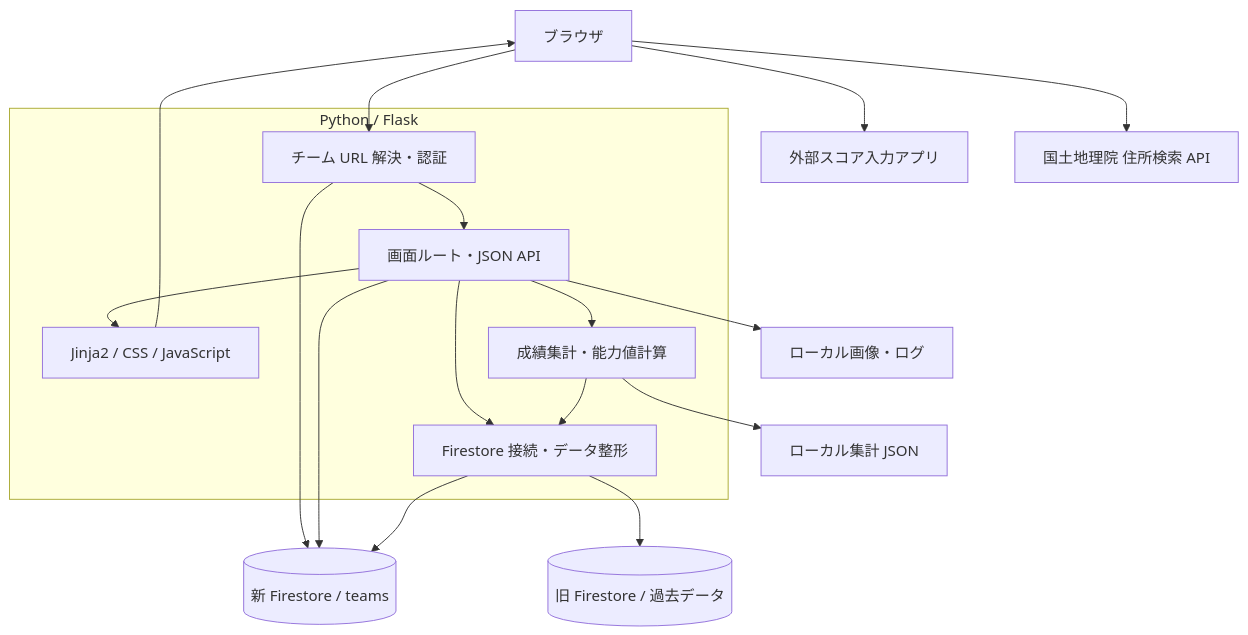
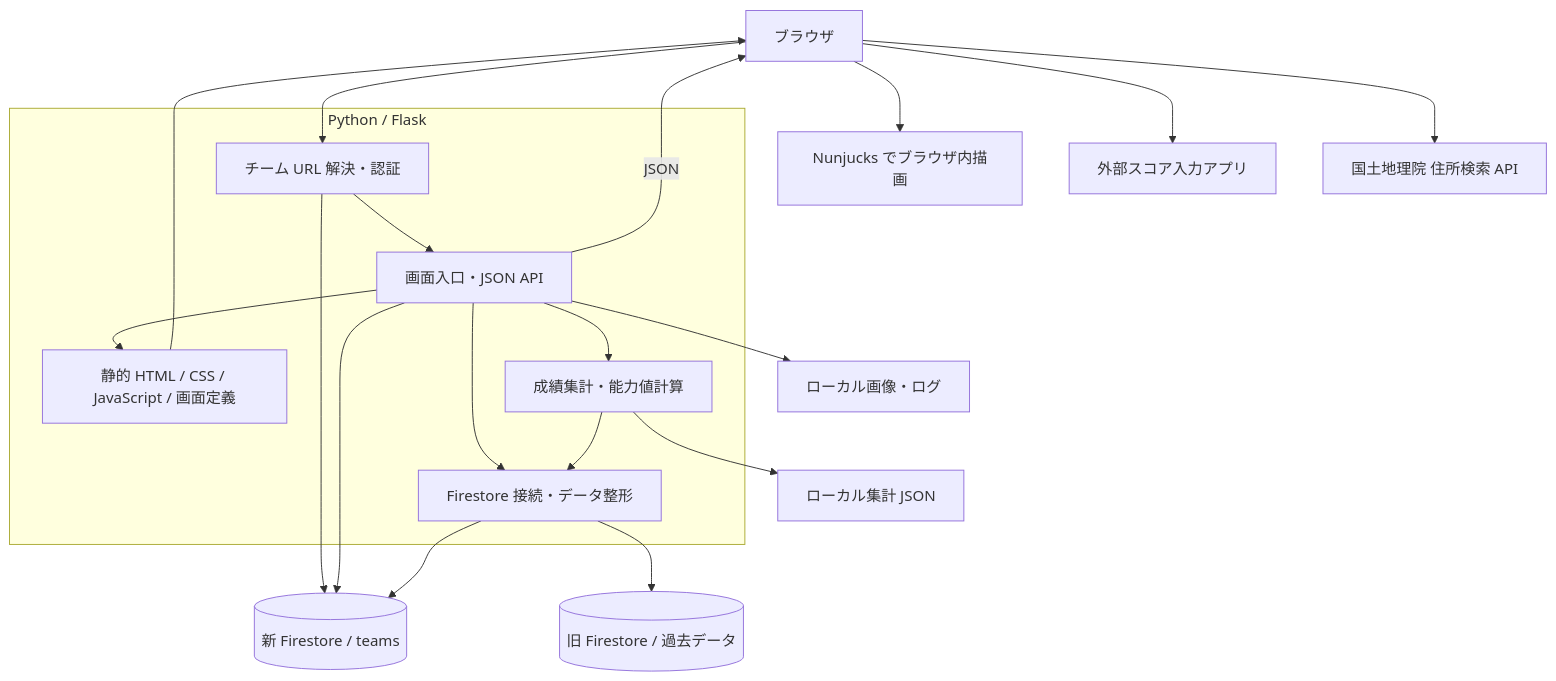
One commit to t-kik0313/basemob-web changed the first of 3 diagrams in 01.doc/design/README.md. Above: the diagram before and after it, drawn with Mermaid. The commit also changed other lines of this file and 130 other files, not shown here.

Commit message:
API＋JavaScript で描画する方式へ移行

````diff
--- a/01.doc/design/README.md
+++ b/01.doc/design/README.md
@@ -19,20 +20,22 @@
 ```mermaid
 flowchart TB
     B[ブラウザ] --> T[チーム URL 解決・認証]
     subgraph APP[Python / Flask]
-        T --> R[画面ルート・JSON API]
-        R --> V[Jinja2 / CSS / JavaScript]
+        T --> R[画面入口・JSON API]
+        R --> V[静的 HTML / CSS / JavaScript / 画面定義]
         R --> S[成績集計・能力値計算]
         R --> D[Firestore 接続・データ整形]
         S --> D
     end
     V --> B
+    R -->|JSON| B
+    B --> C[Nunjucks でブラウザ内描画]
     T --> N[(新 Firestore / teams)]
     R --> N
     D --> N
     D --> O[(旧 Firestore / 過去データ)]
     S --> F[ローカル集計 JSON]
     R --> I[ローカル画像・ログ]
     B --> E[外部スコア入力アプリ]
     B --> G[国土地理院 住所検索 API]
 ```
````
